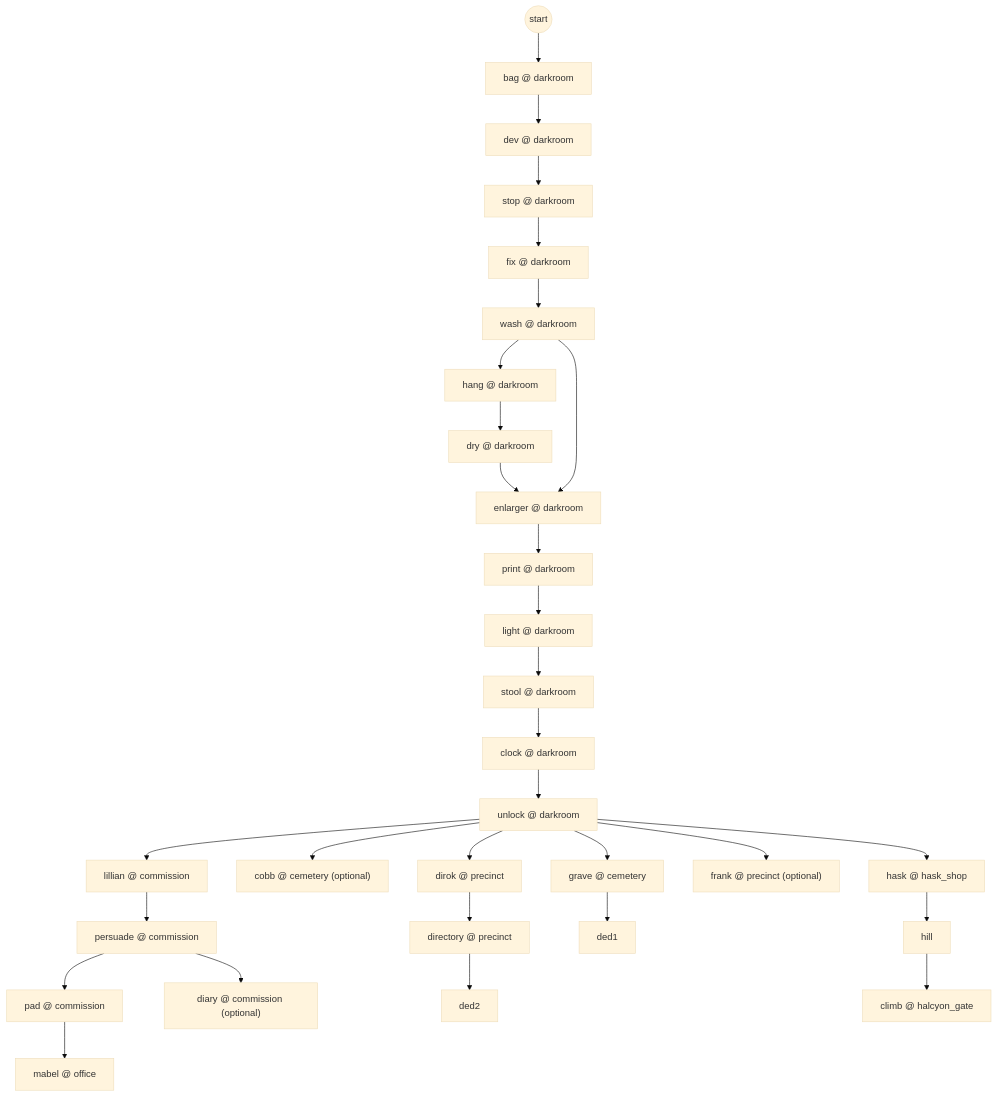
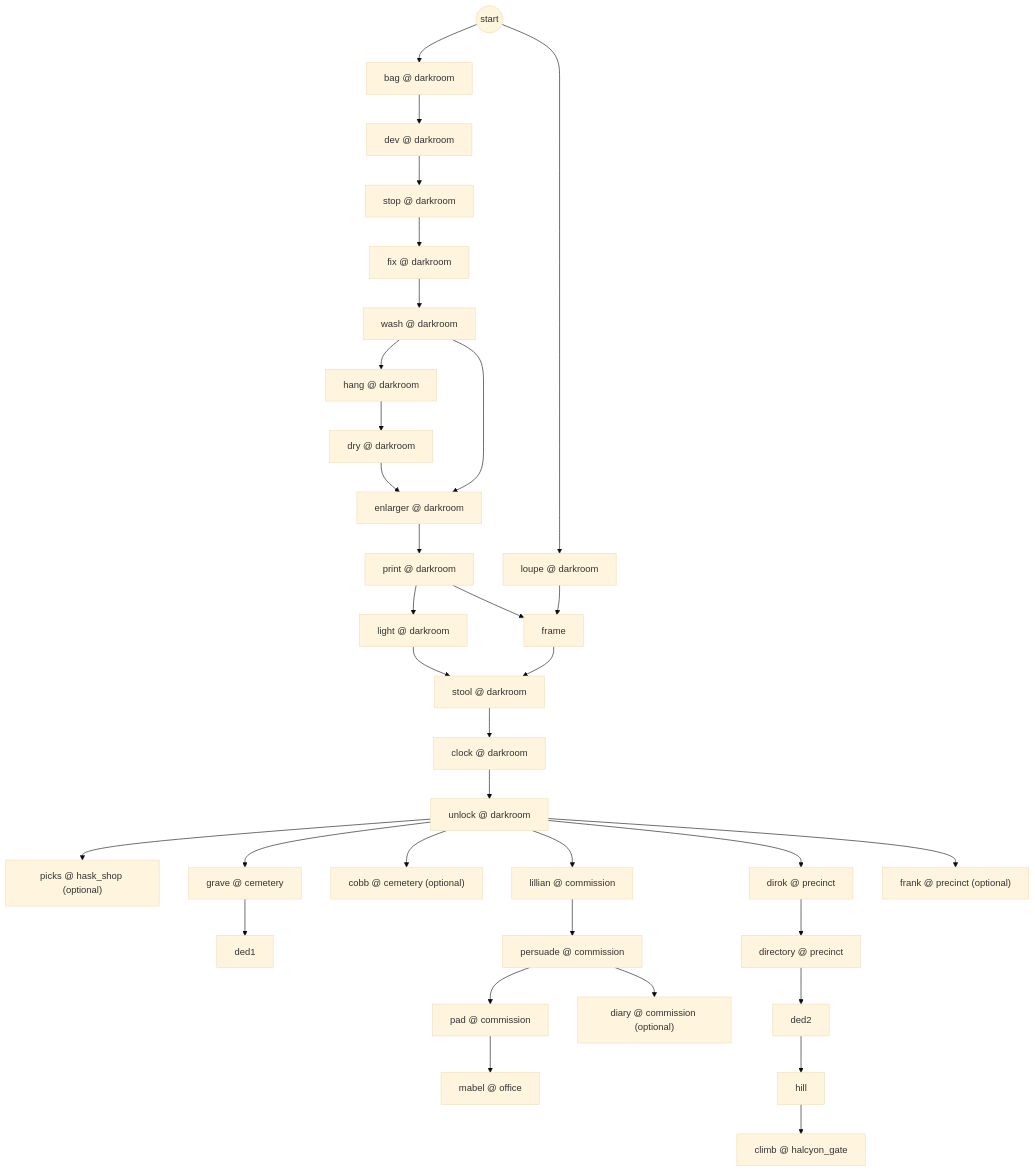
One commit to GasPhil1968/kolo-srece changed the third of 8 diagrams in nightlatch/docs/PUZZLE_GRAPH.md. Above: the diagram before and after it, drawn with Mermaid (base theme). The commit also changed other lines of this file and 16 other files, not shown here.

First line of the commit message:
Chapter 3: the loupe and Hask's picks come from puzzles

````diff
--- a/nightlatch/docs/PUZZLE_GRAPH.md
+++ b/nightlatch/docs/PUZZLE_GRAPH.md
@@ -177,61 +177,67 @@
 ```mermaid
 flowchart TD
   start3((start))
   c3_bag["bag @ darkroom"]
   c3_dev["dev @ darkroom"]
   c3_stop["stop @ darkroom"]
   c3_fix["fix @ darkroom"]
   c3_wash["wash @ darkroom"]
   c3_hang["hang @ darkroom"]
   c3_dry["dry @ darkroom"]
   c3_enlarger["enlarger @ darkroom"]
   c3_print["print @ darkroom"]
   c3_light["light @ darkroom"]
   c3_stool["stool @ darkroom"]
   c3_clock["clock @ darkroom"]
   c3_unlock["unlock @ darkroom"]
+  c3_picks["picks @ hask_shop (optional)"]
   c3_grave["grave @ cemetery"]
   c3_cobb["cobb @ cemetery (optional)"]
   c3_lillian["lillian @ commission"]
   c3_persuade["persuade @ commission"]
   c3_pad["pad @ commission"]
   c3_diary["diary @ commission (optional)"]
   c3_mabel["mabel @ office"]
   c3_dirok["dirok @ precinct"]
   c3_directory["directory @ precinct"]
   c3_frank["frank @ precinct (optional)"]
   c3_ded1["ded1"]
   c3_ded2["ded2"]
-  c3_hask["hask @ hask_shop"]
+  c3_loupe["loupe @ darkroom"]
+  c3_frame["frame"]
   c3_hill["hill"]
   c3_climb["climb @ halcyon_gate"]
   start3 --> c3_bag
   c3_bag --> c3_dev
   c3_dev --> c3_stop
   c3_stop --> c3_fix
   c3_fix --> c3_wash
   c3_wash --> c3_hang
   c3_hang --> c3_dry
   c3_dry --> c3_enlarger
   c3_wash --> c3_enlarger
   c3_enlarger --> c3_print
   c3_print --> c3_light
   c3_light --> c3_stool
+  c3_frame --> c3_stool
   c3_stool --> c3_clock
   c3_clock --> c3_unlock
+  c3_unlock --> c3_picks
   c3_unlock --> c3_grave
   c3_unlock --> c3_cobb
   c3_unlock --> c3_lillian
   c3_lillian --> c3_persuade
   c3_persuade --> c3_pad
   c3_persuade --> c3_diary
   c3_pad --> c3_mabel
   c3_unlock --> c3_dirok
   c3_dirok --> c3_directory
   c3_unlock --> c3_frank
   c3_grave --> c3_ded1
   c3_directory --> c3_ded2
-  c3_unlock --> c3_hask
-  c3_hask --> c3_hill
+  start3 --> c3_loupe
+  c3_loupe --> c3_frame
+  c3_print --> c3_frame
+  c3_ded2 --> c3_hill
   c3_hill --> c3_climb
 ```
````
